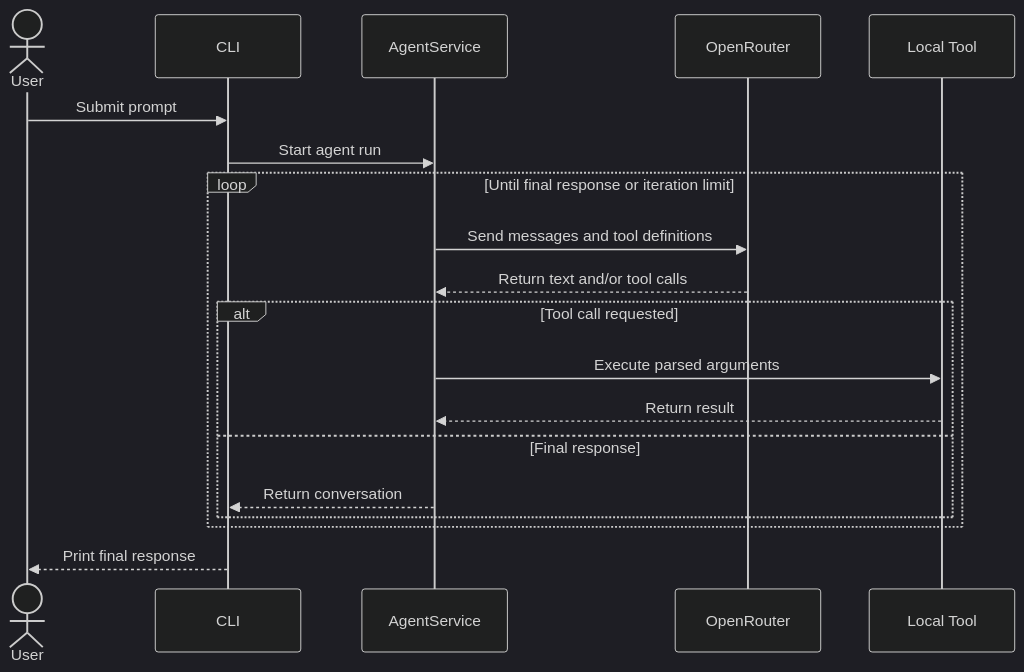
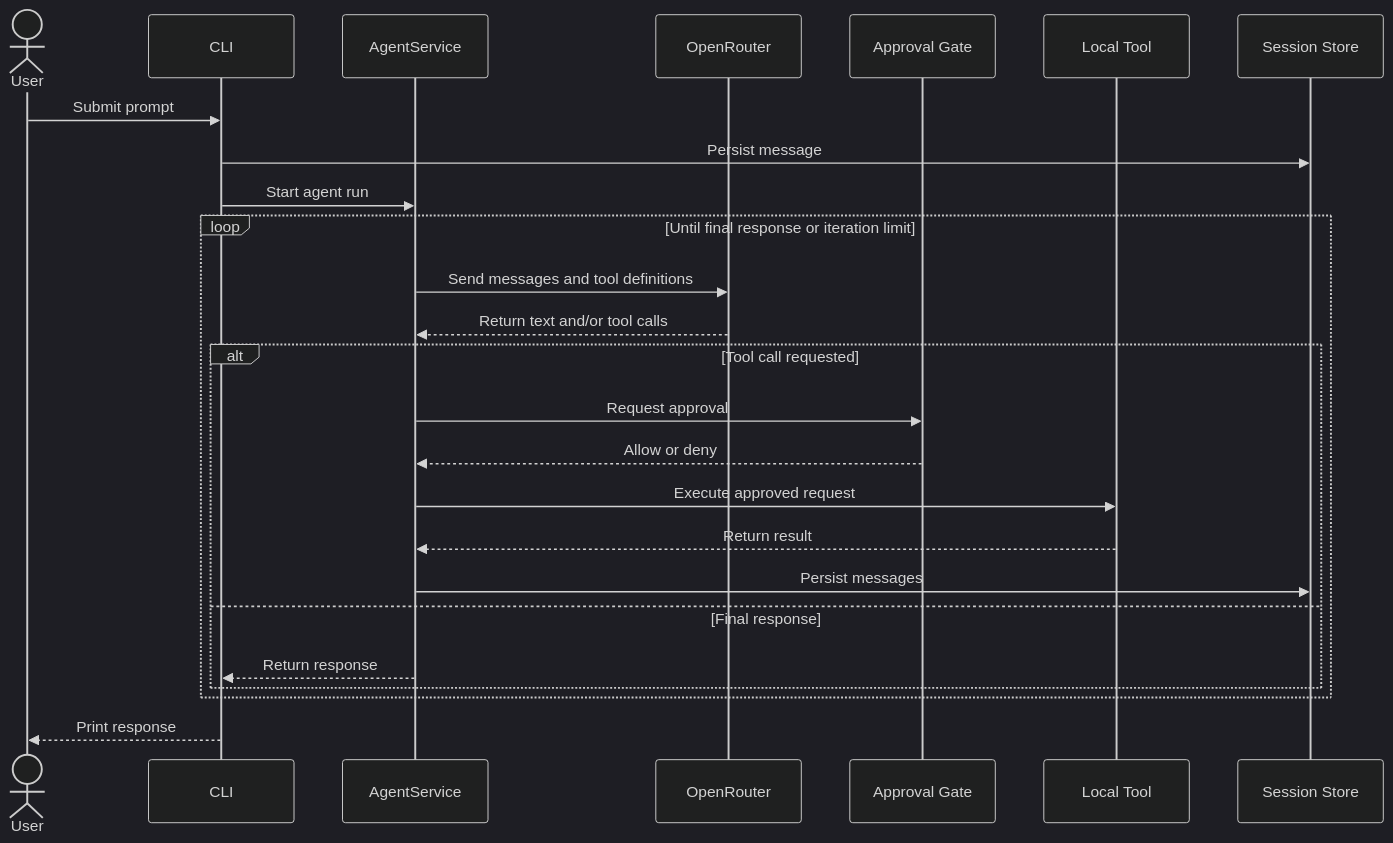
Before and after one commit to williamkoller/harness-openrouter: the diagram in README.md, drawn with Mermaid (dark theme). The commit also changed other lines of this file and 44 other files, not shown here.

````diff
--- a/README.md
+++ b/README.md
@@ -31,22 +153,28 @@
 ```mermaid
 sequenceDiagram
     actor User
     participant CLI
     participant Agent as AgentService
     participant OpenRouter
+    participant Gate as Approval Gate
     participant Tool as Local Tool
+    participant Store as Session Store
 
     User->>CLI: Submit prompt
+    CLI->>Store: Persist message
     CLI->>Agent: Start agent run
     loop Until final response or iteration limit
         Agent->>OpenRouter: Send messages and tool definitions
         OpenRouter-->>Agent: Return text and/or tool calls
         alt Tool call requested
-            Agent->>Tool: Execute parsed arguments
+            Agent->>Gate: Request approval
+            Gate-->>Agent: Allow or deny
+            Agent->>Tool: Execute approved request
             Tool-->>Agent: Return result
+            Agent->>Store: Persist messages
         else Final response
-            Agent-->>CLI: Return conversation
+            Agent-->>CLI: Return response
         end
     end
-    CLI-->>User: Print final response
+    CLI-->>User: Print response
 ```
````
